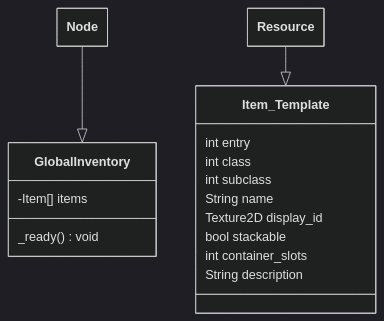
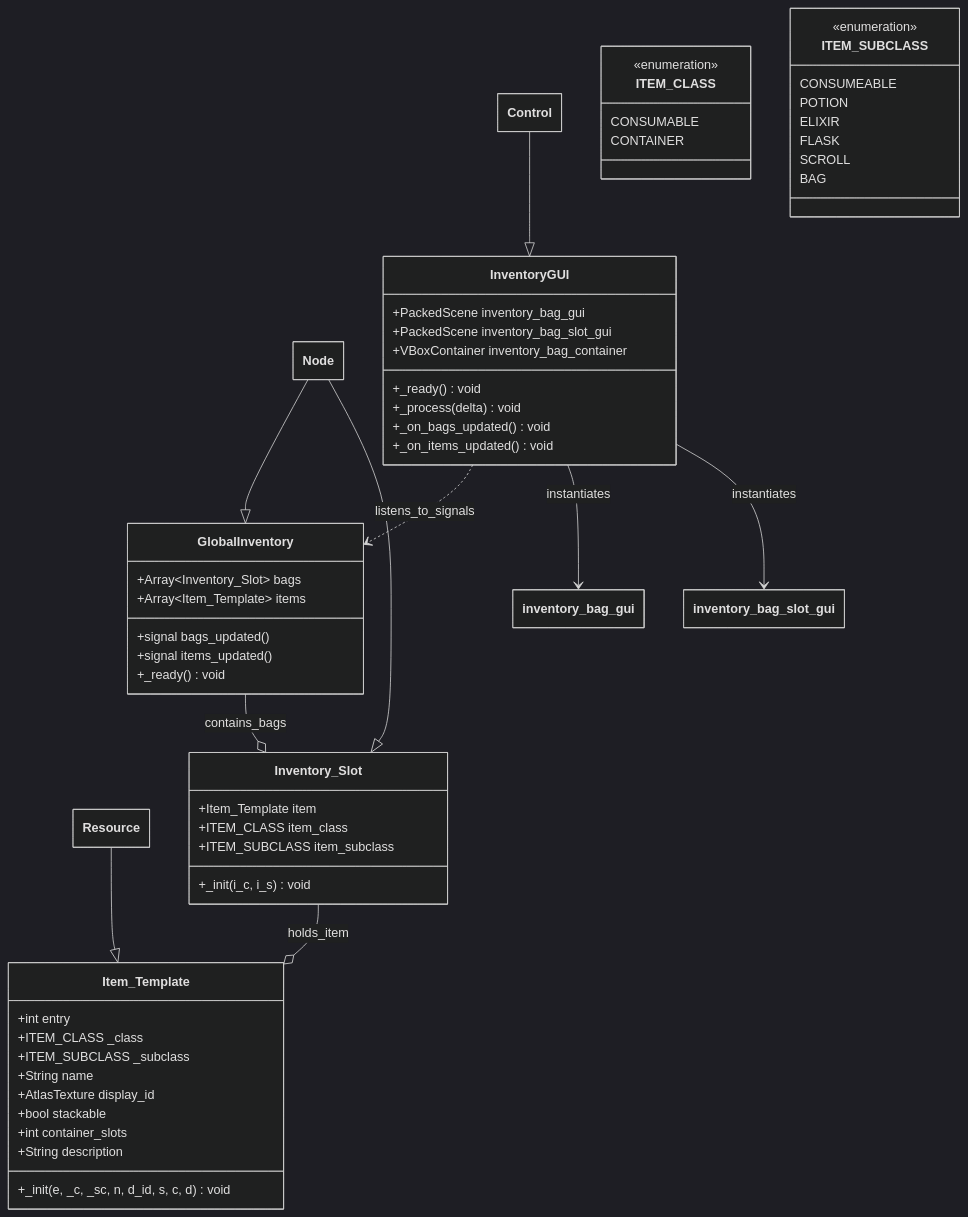
The diagram in docs/inventory.md (arnoldblake/godot-3d-multiplayer-template), drawn with Mermaid (dark theme) before and after one commit. The commit also changed other lines of this file and 3 other files, not shown here.

Commit message:
WIP - Added inventory_slots

```diff
--- a/docs/inventory.md
+++ b/docs/inventory.md
@@ -7,28 +51,72 @@
 ::: mermaid
 ---
 config:
     class:
         hideEmptyMembersBox: true
 ---
 
 classDiagram
     Node --|> GlobalInventory
     class GlobalInventory {
-        -Item[] items
-        _ready() void
+        +Array~Inventory_Slot~ bags
+        +Array~Item_Template~ items
+        +signal bags_updated()
+        +signal items_updated()
+        +_ready() void
     }
 
     Resource --|> Item_Template
     class Item_Template {
-        int entry
-        int class
-        int subclass
-        String name
-        Texture2D display_id
-        bool stackable
-        int container_slots
-        String description
+        +int entry
+        +ITEM_CLASS _class
+        +ITEM_SUBCLASS _subclass
+        +String name
+        +AtlasTexture display_id
+        +bool stackable
+        +int container_slots
+        +String description
+        +_init(e, _c, _sc, n, d_id, s, c, d) void
     }
 
+    Node --|> Inventory_Slot
+    class Inventory_Slot {
+        +Item_Template item
+        +ITEM_CLASS item_class
+        +ITEM_SUBCLASS item_subclass
+        +_init(i_c, i_s) void
+    }
 
-::: 
+    Control --|> InventoryGUI
+    class InventoryGUI {
+        +PackedScene inventory_bag_gui
+        +PackedScene inventory_bag_slot_gui
+        +VBoxContainer inventory_bag_container
+        +_ready() void
+        +_process(delta) void
+        +_on_bags_updated() void
+        +_on_items_updated() void
+    }
+
+    GlobalInventory --o Inventory_Slot : contains_bags
+    Inventory_Slot --o Item_Template : holds_item
+    InventoryGUI ..> GlobalInventory : listens_to_signals
+    InventoryGUI --> inventory_bag_gui : instantiates
+    InventoryGUI --> inventory_bag_slot_gui : instantiates
+
+    class ITEM_CLASS {
+        <<enumeration>>
+        CONSUMABLE
+        CONTAINER
+    }
+    
+    class ITEM_SUBCLASS {
+        <<enumeration>>
+        CONSUMEABLE
+        POTION
+        ELIXIR
+        FLASK
+        SCROLL
+        BAG
+    }
+
+:::
```
